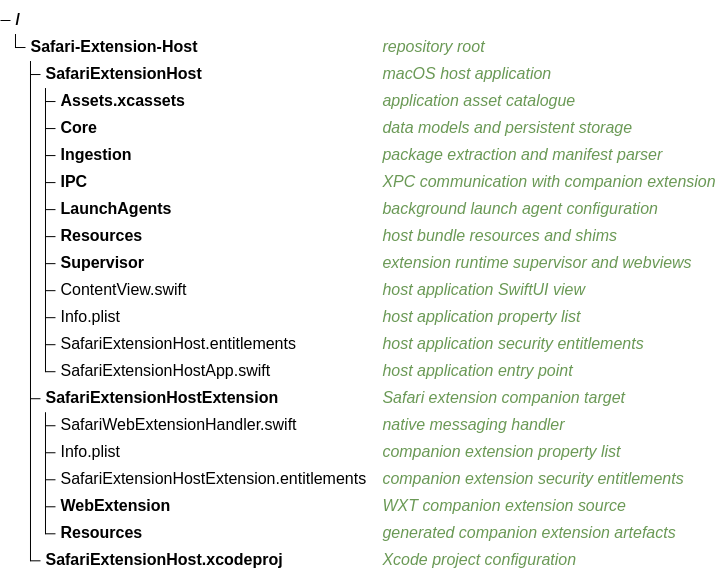
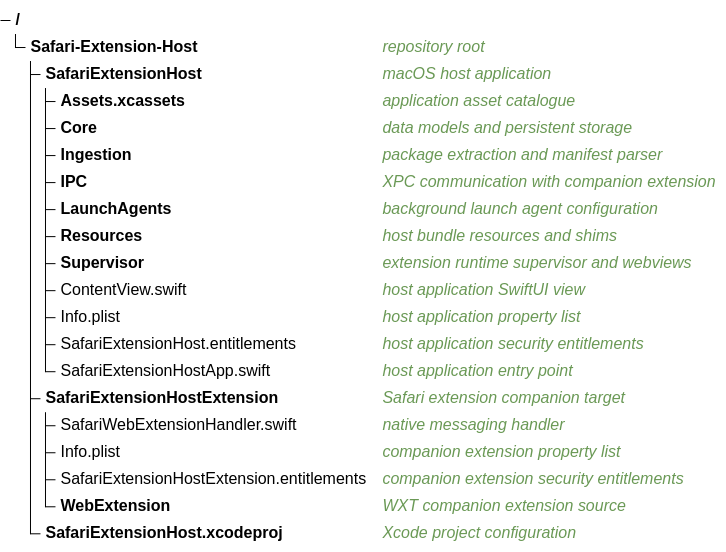
The diagram in CONTRIBUTING.md (easonwong-de/Wirt), drawn with Mermaid before and after one commit. The commit also changed 2 other files, not shown here.

Commit message:
fix(build): bundle extension resources flatly and register repo files in xcode

````diff
--- a/CONTRIBUTING.md
+++ b/CONTRIBUTING.md
@@ -16,23 +16,22 @@
 ```mermaid
 treeView-beta
 Safari-Extension-Host/ ## repository root
 ├── SafariExtensionHost/ ## macOS host application
 │   ├── Assets.xcassets/ ## application asset catalogue
 │   ├── Core/ ## data models and persistent storage
 │   ├── Ingestion/ ## package extraction and manifest parser
 │   ├── IPC/ ## XPC communication with companion extension
 │   ├── LaunchAgents/ ## background launch agent configuration
 │   ├── Resources/ ## host bundle resources and shims
 │   ├── Supervisor/ ## extension runtime supervisor and webviews
 │   ├── ContentView.swift ## host application SwiftUI view
 │   ├── Info.plist ## host application property list
 │   ├── SafariExtensionHost.entitlements ## host application security entitlements
 │   └── SafariExtensionHostApp.swift ## host application entry point
 ├── SafariExtensionHostExtension/ ## Safari extension companion target
 │   ├── SafariWebExtensionHandler.swift ## native messaging handler
 │   ├── Info.plist ## companion extension property list
 │   ├── SafariExtensionHostExtension.entitlements ## companion extension security entitlements
-│   ├── WebExtension/ ## WXT companion extension source
-│   └── Resources/ ## generated companion extension artefacts
+│   └── WebExtension/ ## WXT companion extension source
 └── SafariExtensionHost.xcodeproj/ ## Xcode project configuration
 ```
````
